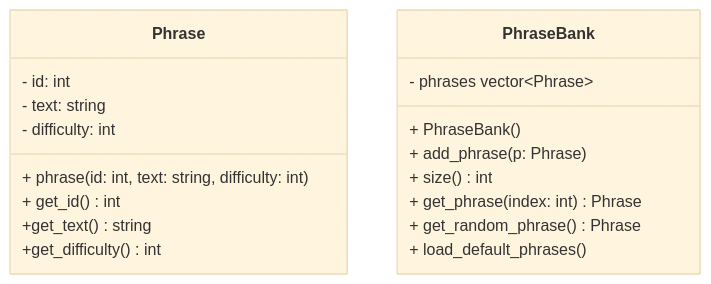
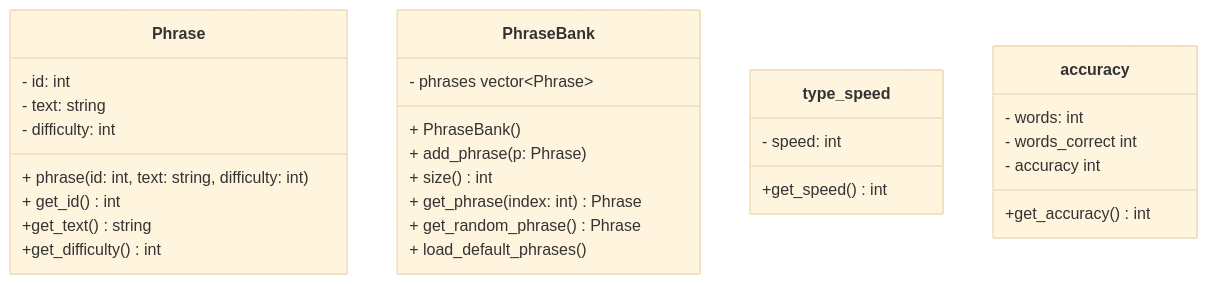
One commit to MattOrtiz530/tippitytappity-design changed the diagram in README.md. Above: the diagram before and after it, drawn with Mermaid (base theme).

````diff
--- a/README.md
+++ b/README.md
@@ -9,25 +9,37 @@
 ```mermaid
 classDiagram
   
   class Phrase{
         - id: int
         - text: string
         - difficulty: int
         + phrase(id: int, text: string, difficulty: int)
         + get_id() int
         +get_text() string
         +get_difficulty() int
 
   }
   class PhraseBank{
         - phrases vector~Phrase~
         + PhraseBank()
         + add_phrase(p: Phrase)
         + size() int
         + get_phrase(index: int) Phrase
         + get_random_phrase() Phrase
         + load_default_phrases()
   }
+class type_speed{
+  - speed: int
+  +get_speed() int
+}
+
+class accuracy{
+  - words: int
+  - words_correct int
+  - accuracy int
+  +get_accuracy() int
+
+}
 
 
 ```
````
